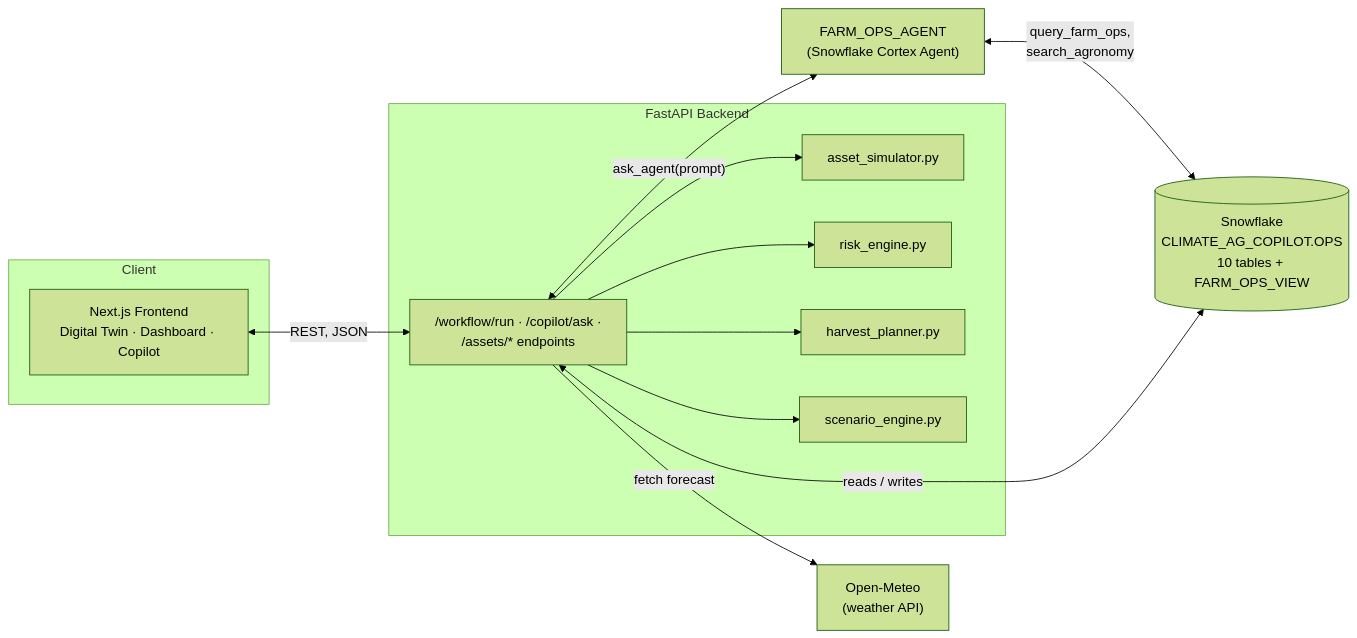
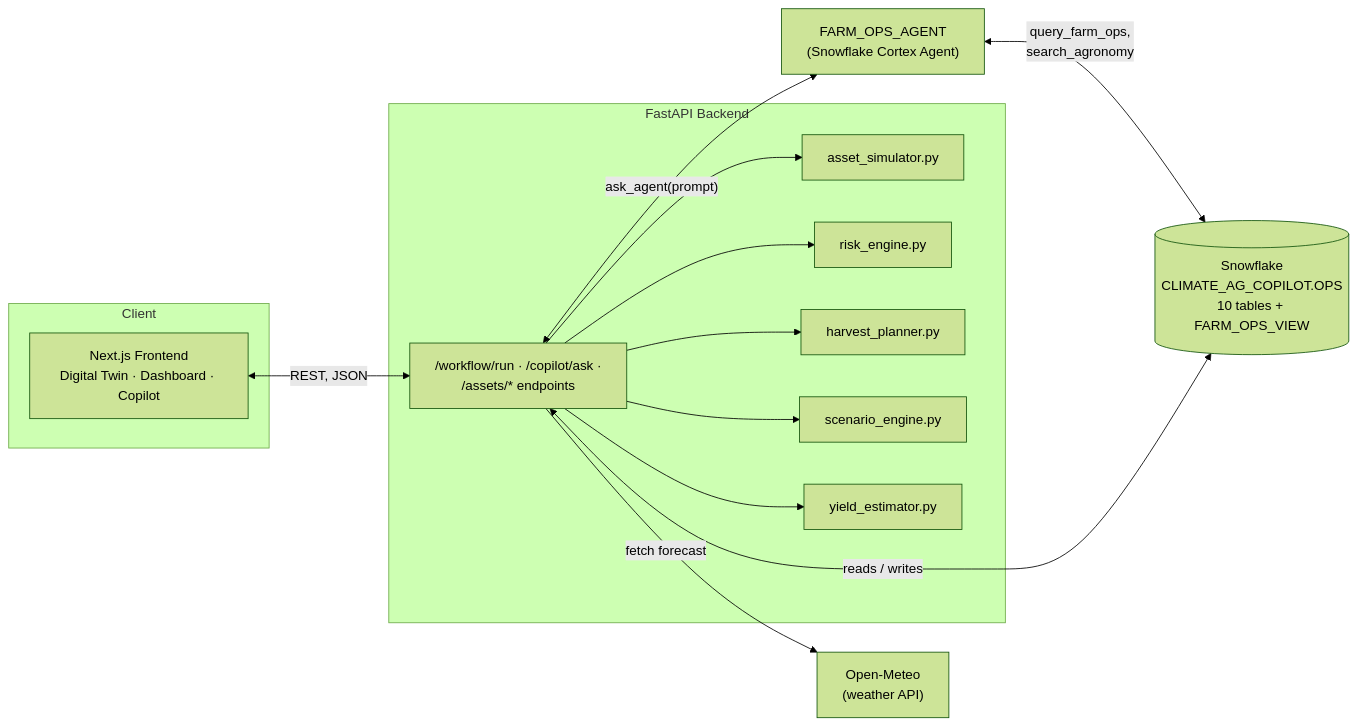
Before and after one commit to stran1023/FarmTwin-AI-Copilot: the first of 7 diagrams in docs/FarmTwin-AI-Copilot.md, drawn with Mermaid (forest theme). The commit also changed other lines of this file and 11 other files, not shown here.

````diff
--- a/docs/FarmTwin-AI-Copilot.md
+++ b/docs/FarmTwin-AI-Copilot.md
@@ -46,26 +46,28 @@
 ```mermaid
 flowchart LR
     subgraph Client
         FE["Next.js Frontend<br/>Digital Twin · Dashboard · Copilot"]
     end
     subgraph Backend["FastAPI Backend"]
         API["/workflow/run · /copilot/ask ·<br/>/assets/* endpoints"]
         SIM[asset_simulator.py]
         RISK[risk_engine.py]
         HP[harvest_planner.py]
         SE[scenario_engine.py]
+        YE[yield_estimator.py]
     end
     AGENT["FARM_OPS_AGENT<br/>(Snowflake Cortex Agent)"]
     DB[("Snowflake<br/>CLIMATE_AG_COPILOT.OPS<br/>10 tables + FARM_OPS_VIEW")]
     EXT["Open-Meteo<br/>(weather API)"]
 
     FE <-->|REST, JSON| API
     API --> SIM
     API --> RISK
     API --> HP
     API --> SE
+    API --> YE
     API <-->|"ask_agent(prompt)"| AGENT
     AGENT <-->|query_farm_ops,<br/>search_agronomy| DB
     API <-->|reads / writes| DB
     API -->|fetch forecast| EXT
 ```
````
